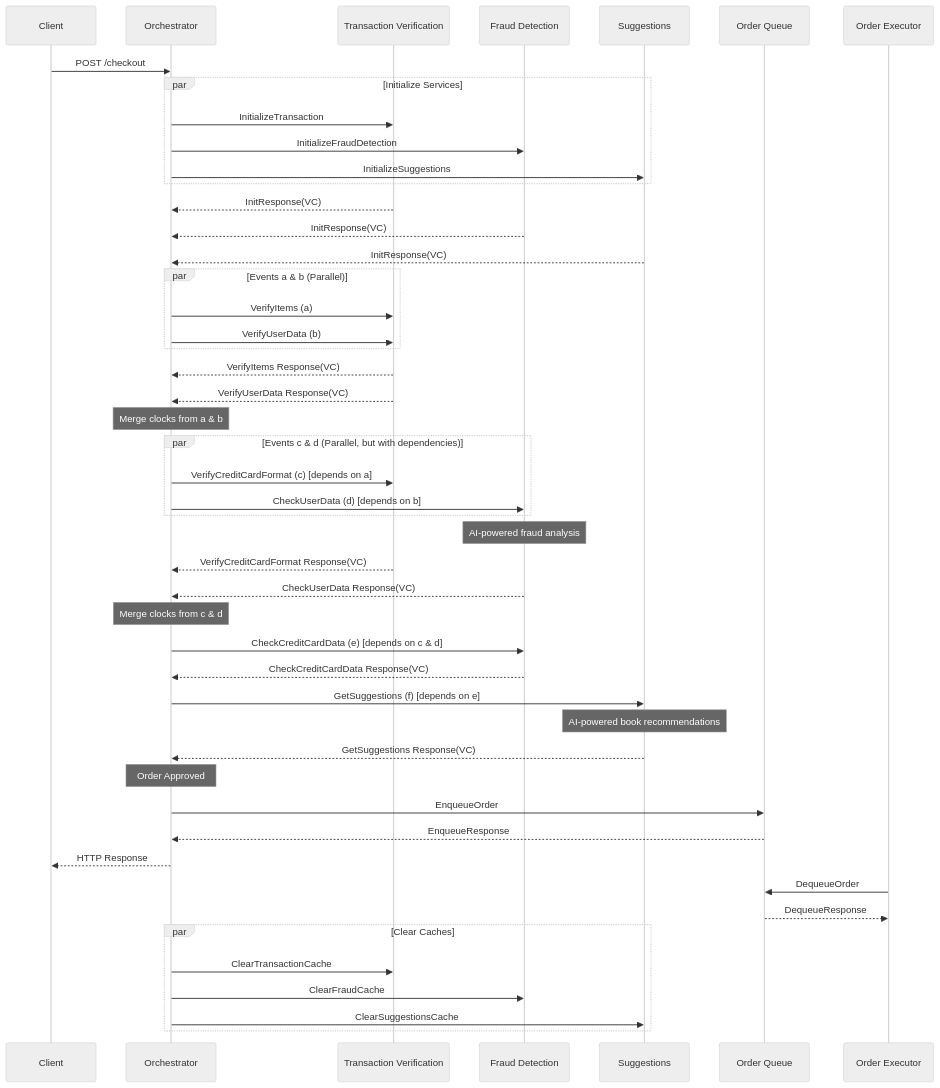
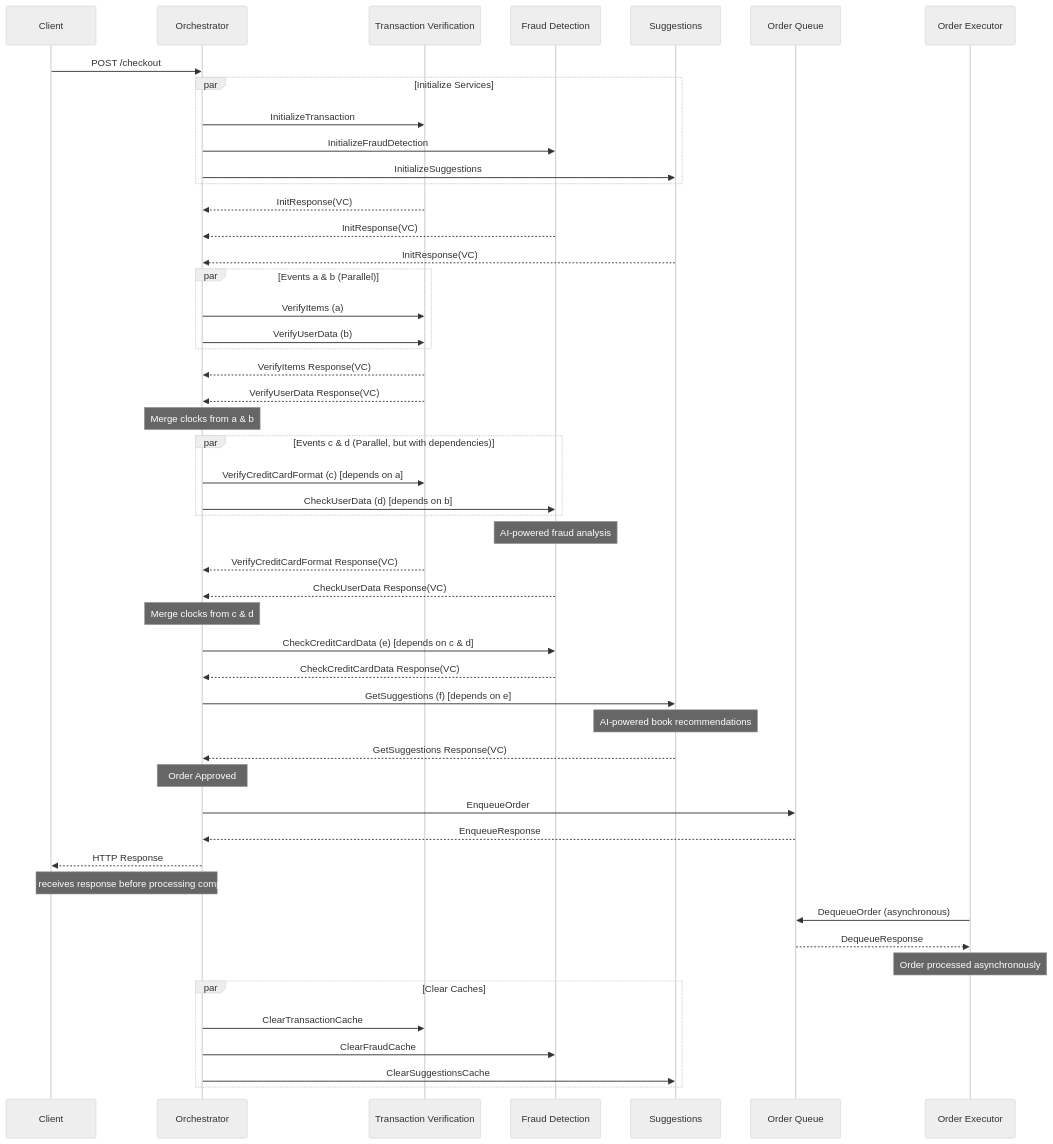
The first of 5 diagrams in docs/README.md (ahmedwael19/ds-practice-2025), drawn with Mermaid (neutral theme) before and after one commit. The commit also changed other lines of this file, not shown here.

````diff
--- a/docs/README.md
+++ b/docs/README.md
@@ -247,66 +262,69 @@
 ```mermaid
 sequenceDiagram
     participant Client
     participant Orchestrator
     participant TV as Transaction Verification
     participant FD as Fraud Detection
     participant S as Suggestions
     participant OQ as Order Queue
     participant OE as Order Executor
 
     Client->>Orchestrator: POST /checkout
     
     par Initialize Services
         Orchestrator->>TV: InitializeTransaction
         Orchestrator->>FD: InitializeFraudDetection
         Orchestrator->>S: InitializeSuggestions
     end
     
     TV-->>Orchestrator: InitResponse(VC)
     FD-->>Orchestrator: InitResponse(VC)
     S-->>Orchestrator: InitResponse(VC)
     
     par Events a & b (Parallel)
         Orchestrator->>TV: VerifyItems (a)
         Orchestrator->>TV: VerifyUserData (b)
     end
     
     TV-->>Orchestrator: VerifyItems Response(VC)
     TV-->>Orchestrator: VerifyUserData Response(VC)
     
     Note over Orchestrator: Merge clocks from a & b
     
     par Events c & d (Parallel, but with dependencies)
         Orchestrator->>TV: VerifyCreditCardFormat (c) [depends on a]
         Orchestrator->>FD: CheckUserData (d) [depends on b]
     end
     
     Note over FD: AI-powered fraud analysis
     TV-->>Orchestrator: VerifyCreditCardFormat Response(VC)
     FD-->>Orchestrator: CheckUserData Response(VC)
     
     Note over Orchestrator: Merge clocks from c & d
     
     Orchestrator->>FD: CheckCreditCardData (e) [depends on c & d]
     FD-->>Orchestrator: CheckCreditCardData Response(VC)
     
     Orchestrator->>S: GetSuggestions (f) [depends on e]
     Note over S: AI-powered book recommendations
     S-->>Orchestrator: GetSuggestions Response(VC)
     
     Note over Orchestrator: Order Approved
     
     Orchestrator->>OQ: EnqueueOrder
     OQ-->>Orchestrator: EnqueueResponse
     
     Orchestrator-->>Client: HTTP Response
     
-    OE->>OQ: DequeueOrder
+    Note over Client,Orchestrator: Client receives response before processing completes
+    
+    OE->>OQ: DequeueOrder (asynchronous)
     OQ-->>OE: DequeueResponse
+    Note over OE: Order processed asynchronously
     
     par Clear Caches
         Orchestrator->>TV: ClearTransactionCache
         Orchestrator->>FD: ClearFraudCache
         Orchestrator->>S: ClearSuggestionsCache
     end
 ```
````
